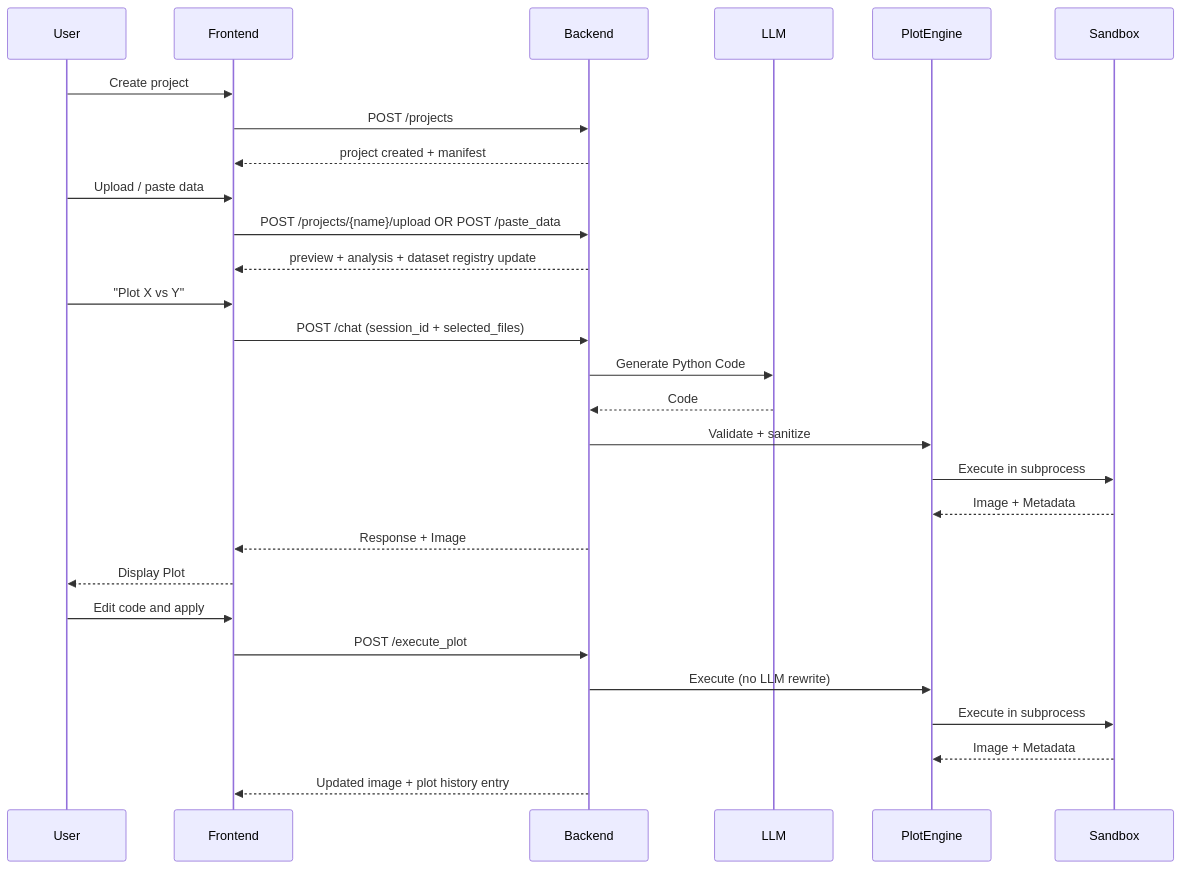
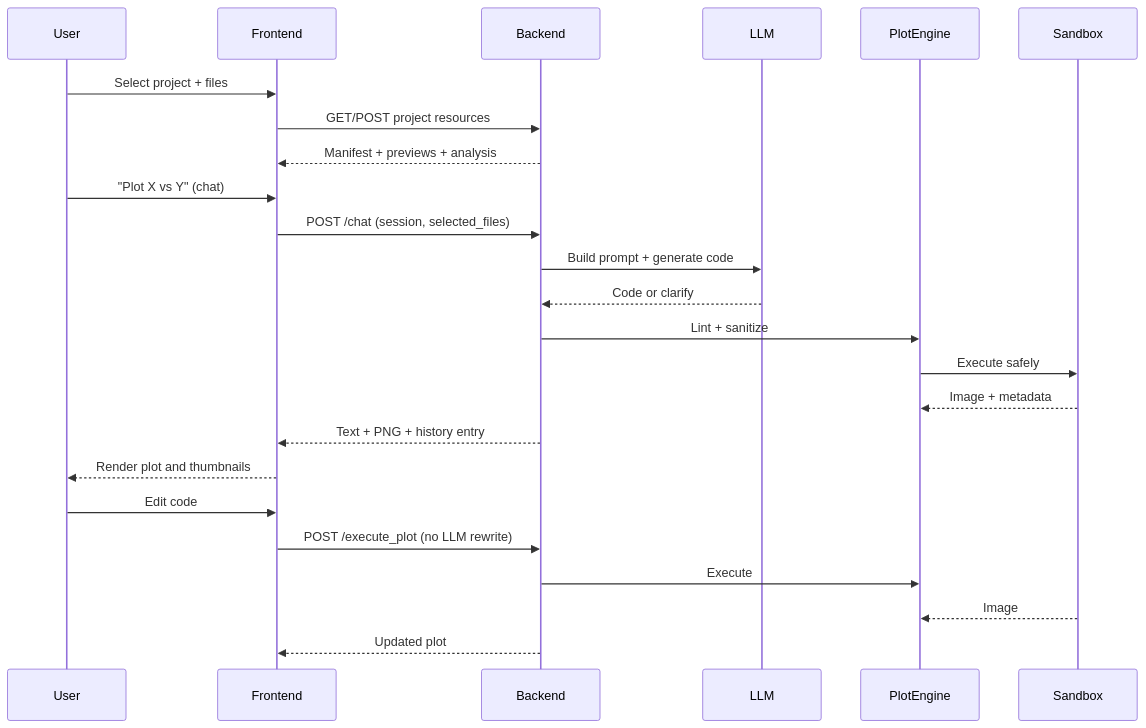
The second of 2 diagrams in doc/ARCHITECTURE.md (Indranil2020/Plot_MCP), drawn with Mermaid before and after one commit. The commit also changed other lines of this file and 20 other files, not shown here.

````diff
--- a/doc/ARCHITECTURE.md
+++ b/doc/ARCHITECTURE.md
@@ -82,35 +59,29 @@
 ```mermaid
 sequenceDiagram
     participant U as User
     participant F as Frontend
     participant B as Backend
     participant L as LLM
     participant P as PlotEngine
     participant S as Sandbox
 
-    U->>F: Create project
-    F->>B: POST /projects
-    B-->>F: project created + manifest
+    U->>F: Select project + files
+    F->>B: GET/POST project resources
+    B-->>F: Manifest + previews + analysis
 
-    U->>F: Upload / paste data
-    F->>B: POST /projects/{name}/upload OR POST /paste_data
-    B-->>F: preview + analysis + dataset registry update
+    U->>F: "Plot X vs Y" (chat)
+    F->>B: POST /chat (session, selected_files)
+    B->>L: Build prompt + generate code
+    L-->>B: Code or clarify
+    B->>P: Lint + sanitize
+    P->>S: Execute safely
+    S-->>P: Image + metadata
+    B-->>F: Text + PNG + history entry
+    F-->>U: Render plot and thumbnails
 
-    U->>F: "Plot X vs Y"
-    F->>B: POST /chat (session_id + selected_files)
-    B->>L: Generate Python Code
-    L-->>B: Code
-    
-    B->>P: Validate + sanitize
-    P->>S: Execute in subprocess
-    S-->>P: Image + Metadata
-    B-->>F: Response + Image
-    F-->>U: Display Plot
-
-    U->>F: Edit code and apply
-    F->>B: POST /execute_plot
-    B->>P: Execute (no LLM rewrite)
-    P->>S: Execute in subprocess
-    S-->>P: Image + Metadata
-    B-->>F: Updated image + plot history entry
+    U->>F: Edit code
+    F->>B: POST /execute_plot (no LLM rewrite)
+    B->>P: Execute
+    S-->>P: Image
+    B-->>F: Updated plot
 ```
````
